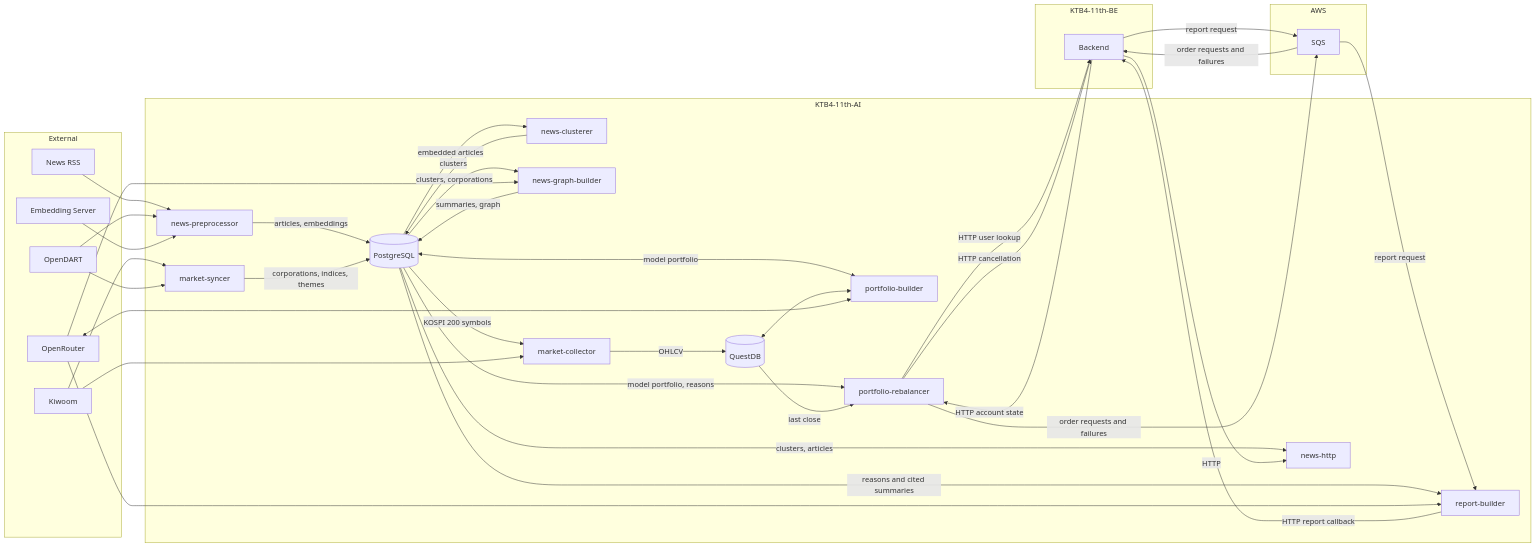
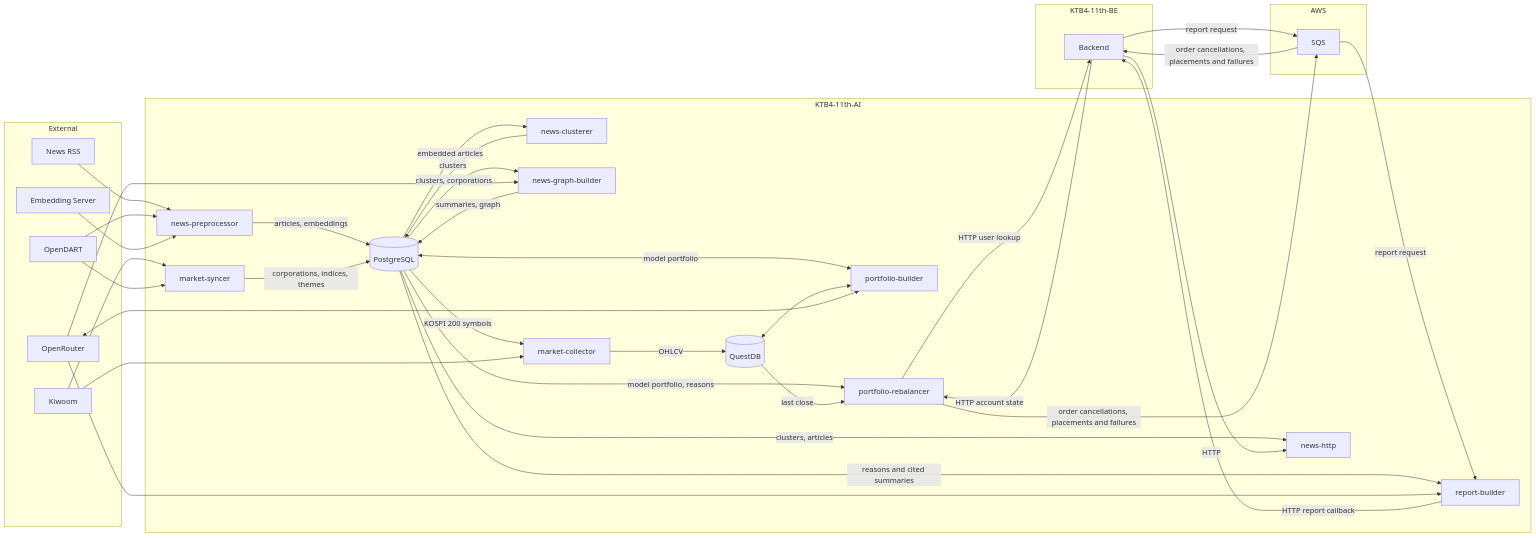
The first of 3 diagrams in README.md (100-hours-a-week/KTB4-11th-AI), drawn with Mermaid before and after one commit. The commit also changed other lines of this file and 10 other files, not shown here.

Commit message:
feat(portfolio-rebalancer): publish cancellation and replacement requests in one FIFO group

````diff
--- a/README.md
+++ b/README.md
@@ -7,69 +7,68 @@
 ```mermaid
 flowchart LR
     subgraph EXT["External"]
         NEWS["News RSS"]
         KIWOOM["Kiwoom"]
         DART["OpenDART"]
         EMB["Embedding Server"]
         OPENROUTER["OpenRouter"]
     end
 
     subgraph AI["KTB4-11th-AI"]
         NP["news-preprocessor"]
         NC["news-clusterer"]
         MS["market-syncer"]
         NGB["news-graph-builder"]
         NH["news-http"]
         MC["market-collector"]
         PB["portfolio-builder"]
         PR["portfolio-rebalancer"]
         RB["report-builder"]
         PG[("PostgreSQL")]
         QDB[("QuestDB")]
     end
 
     subgraph BACKEND["KTB4-11th-BE"]
         BE["Backend"]
     end
 
     subgraph AWS["AWS"]
         SQS["SQS"]
     end
 
     NEWS --> NP
     DART --> NP
     EMB --> NP
     NP -->|articles, embeddings| PG
     PG -->|embedded articles| NC
     NC -->|clusters| PG
 
     KIWOOM --> MS
     DART --> MS
     MS -->|corporations, indices, themes| PG
     PG -->|clusters, corporations| NGB
     OPENROUTER --> NGB
     NGB -->|summaries, graph| PG
     PG -->|clusters, articles| NH
     BE -->|HTTP| NH
 
     PG -->|KOSPI 200 symbols| MC
     KIWOOM --> MC
     MC -->|OHLCV| QDB
 
     PG <-->|model portfolio| PB
     QDB <--> PB
     OPENROUTER <--> PB
 
     PG -->|model portfolio, reasons| PR
     QDB -->|last close| PR
     PR -->|HTTP user lookup| BE
     BE -->|HTTP account state| PR
-    PR -->|order requests and failures| SQS
-    SQS -->|order requests and failures| BE
-    PR -->|HTTP cancellation| BE
+    PR -->|order cancellations, placements and failures| SQS
+    SQS -->|order cancellations, placements and failures| BE
     BE -->|report request| SQS
     SQS -->|report request| RB
     PG -->|reasons and cited summaries| RB
     OPENROUTER --> RB
     RB -->|HTTP report callback| BE
 ```
````
